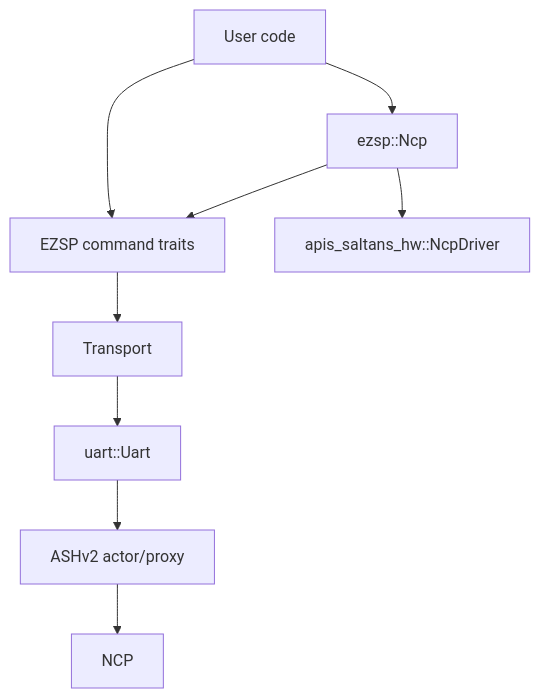
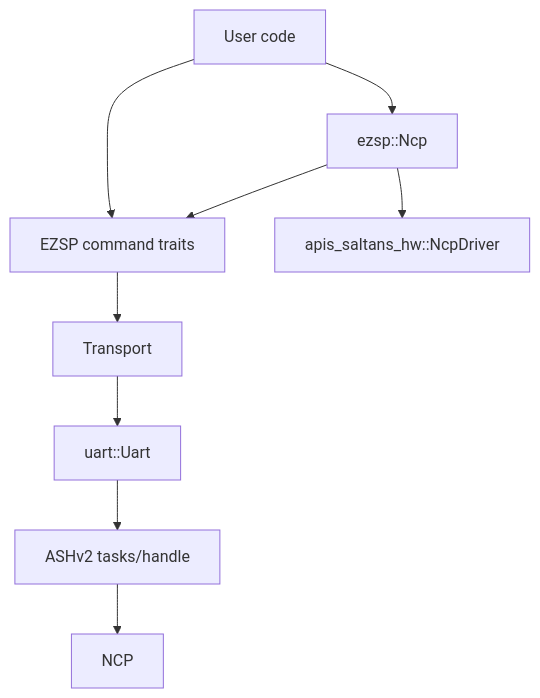
The diagram in ARCHITECTURE.md (PaulmannLighting/ezsp), drawn with Mermaid before and after one commit. The commit also changed other lines of this file and 7 other files, not shown here.

````diff
--- a/ARCHITECTURE.md
+++ b/ARCHITECTURE.md
@@ -24,12 +24,12 @@
 ```mermaid
 flowchart TD
     A[User code] --> B[EZSP command traits]
     B --> C[Transport]
     C --> D[uart::Uart]
-    D --> E[ASHv2 actor/proxy]
+    D --> E[ASHv2 tasks/handle]
     E --> F[NCP]
 
     A --> G[ezsp::Ncp]
     G --> B
     G --> H[apis_saltans_hw::NcpDriver]
 ```
````
